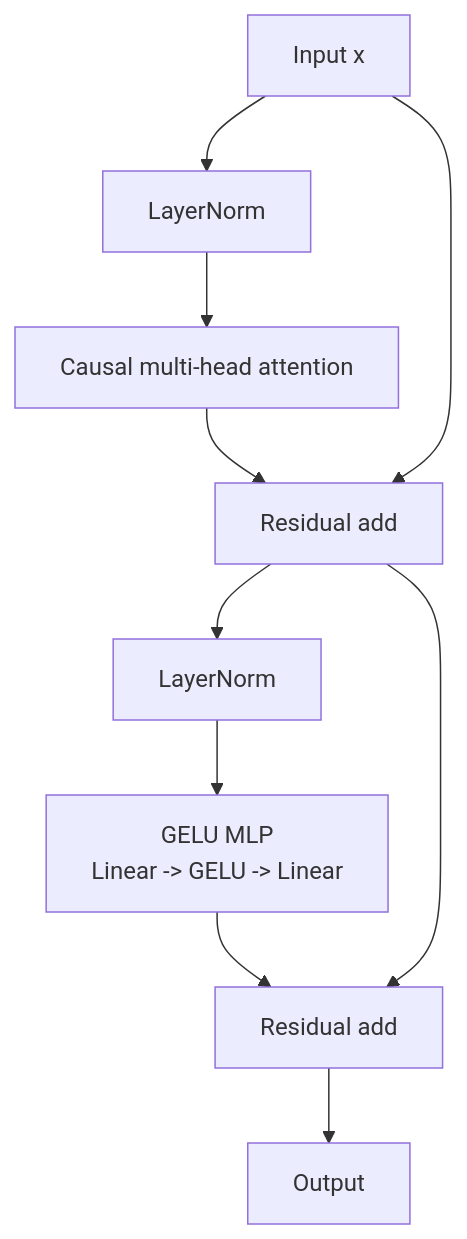
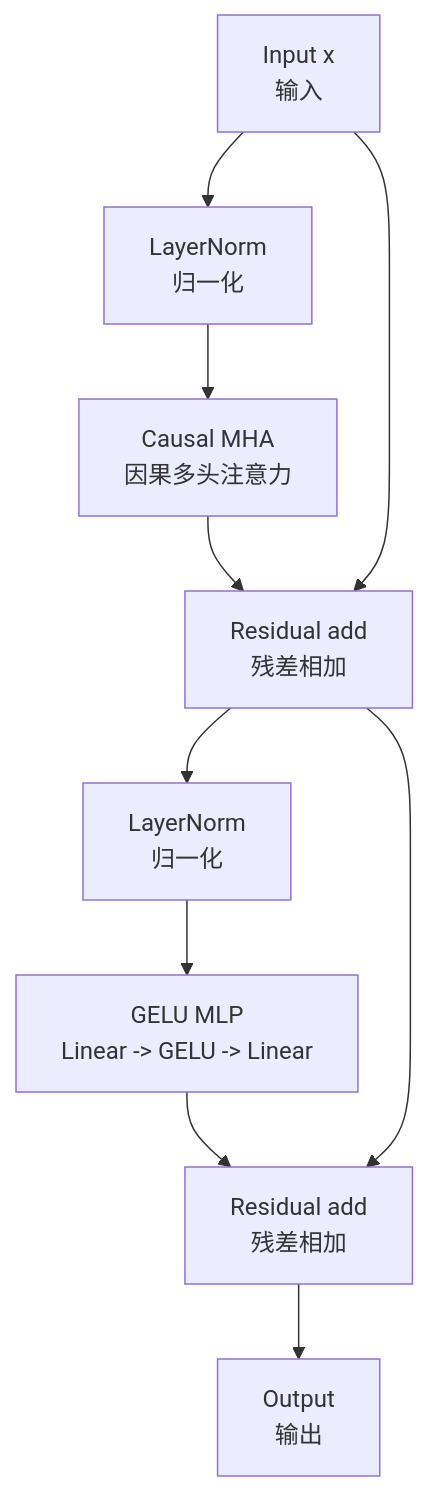
One commit to Lewis-Xinyu/gpt2-to-2026 changed the third of 9 diagrams in docs/architecture_roadmap.md. Above: the diagram before and after it, drawn with Mermaid. The commit also changed other lines of this file and 1 other file, not shown here.

Commit message:
Expand bilingual roadmap documentation

````diff
--- a/docs/architecture_roadmap.md
+++ b/docs/architecture_roadmap.md
@@ -48,17 +59,17 @@
 ```mermaid
 flowchart TD
-    X["Input x"]
-    LN1["LayerNorm"]
-    MHA["Causal multi-head attention"]
-    Add1["Residual add"]
-    LN2["LayerNorm"]
+    X["Input x<br/>输入"]
+    LN1["LayerNorm<br/>归一化"]
+    MHA["Causal MHA<br/>因果多头注意力"]
+    Add1["Residual add<br/>残差相加"]
+    LN2["LayerNorm<br/>归一化"]
     MLP["GELU MLP<br/>Linear -> GELU -> Linear"]
-    Add2["Residual add"]
-    Y["Output"]
+    Add2["Residual add<br/>残差相加"]
+    Y["Output<br/>输出"]
 
     X --> LN1 --> MHA --> Add1
     X --> Add1
     Add1 --> LN2 --> MLP --> Add2
     Add1 --> Add2
     Add2 --> Y
 ```
````
